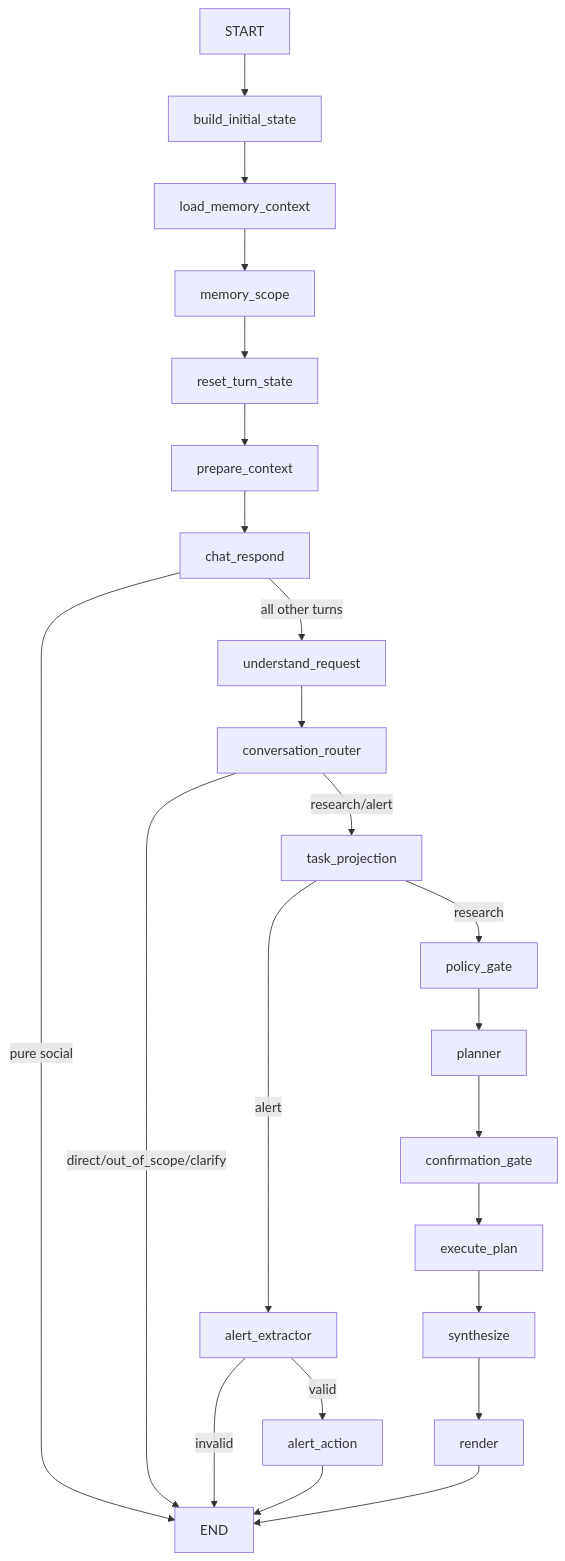
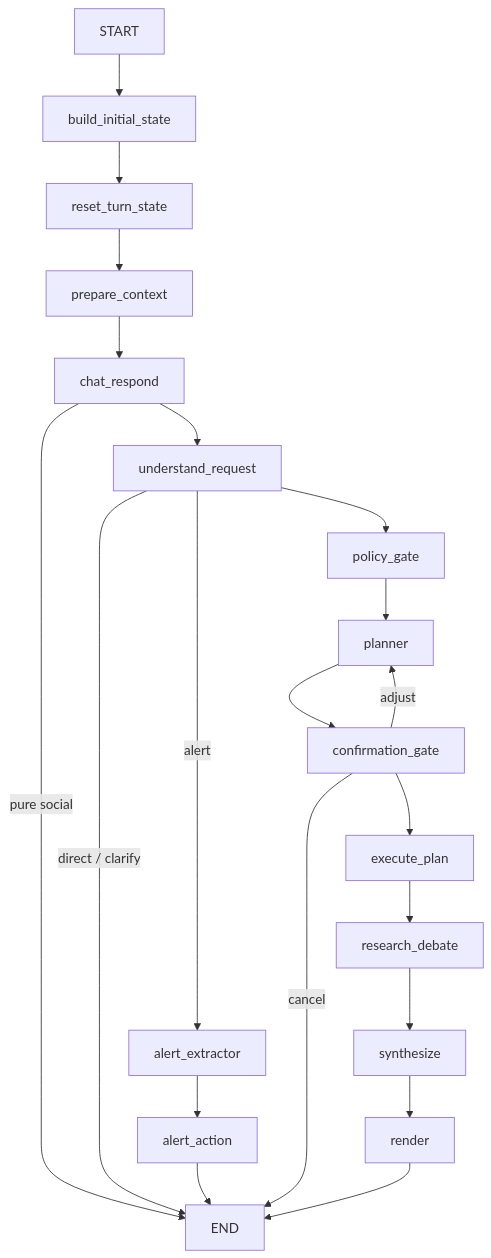
Before and after one commit to kkkano/FinSight: the second of 2 diagrams in docs/01_ARCHITECTURE.md, drawn with Mermaid. The commit also changed other lines of this file and 70 other files, not shown here.

Commit message:
docs: align architecture and archive superseded material

````diff
--- a/docs/01_ARCHITECTURE.md
+++ b/docs/01_ARCHITECTURE.md
@@ -64,25 +50,12 @@
 ```mermaid
 flowchart TD
-  START --> build_initial_state
-  build_initial_state --> load_memory_context
-  load_memory_context --> memory_scope
-  memory_scope --> reset_turn_state
-  reset_turn_state --> prepare_context
-  prepare_context --> chat_respond
-  chat_respond -->|pure social| END
-  chat_respond -->|all other turns| understand_request
-  understand_request --> conversation_router
-  conversation_router -->|direct/out_of_scope/clarify| END
-  conversation_router -->|research/alert| task_projection
-  task_projection -->|alert| alert_extractor
-  task_projection -->|research| policy_gate
-  alert_extractor -->|valid| alert_action
-  alert_extractor -->|invalid| END
-  alert_action --> END
-  policy_gate --> planner
-  planner --> confirmation_gate
-  confirmation_gate --> execute_plan
-  execute_plan --> synthesize
-  synthesize --> render
-  render --> END
+    START --> build_initial_state --> reset_turn_state --> prepare_context --> chat_respond
+    chat_respond -->|pure social| END
+    chat_respond --> understand_request
+    understand_request -->|direct / clarify| END
+    understand_request -->|alert| alert_extractor --> alert_action --> END
+    understand_request --> policy_gate --> planner --> confirmation_gate
+    confirmation_gate -->|adjust| planner
+    confirmation_gate -->|cancel| END
+    confirmation_gate --> execute_plan --> research_debate --> synthesize --> render --> END
 ```
````
